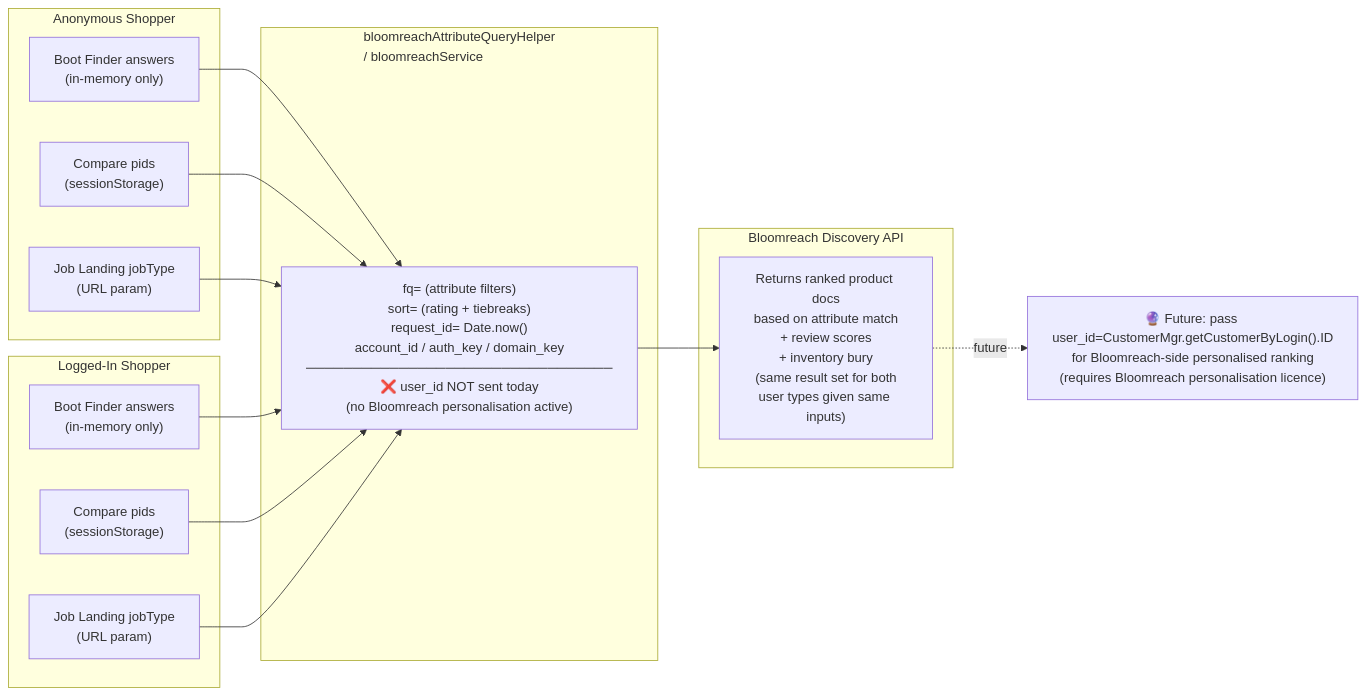
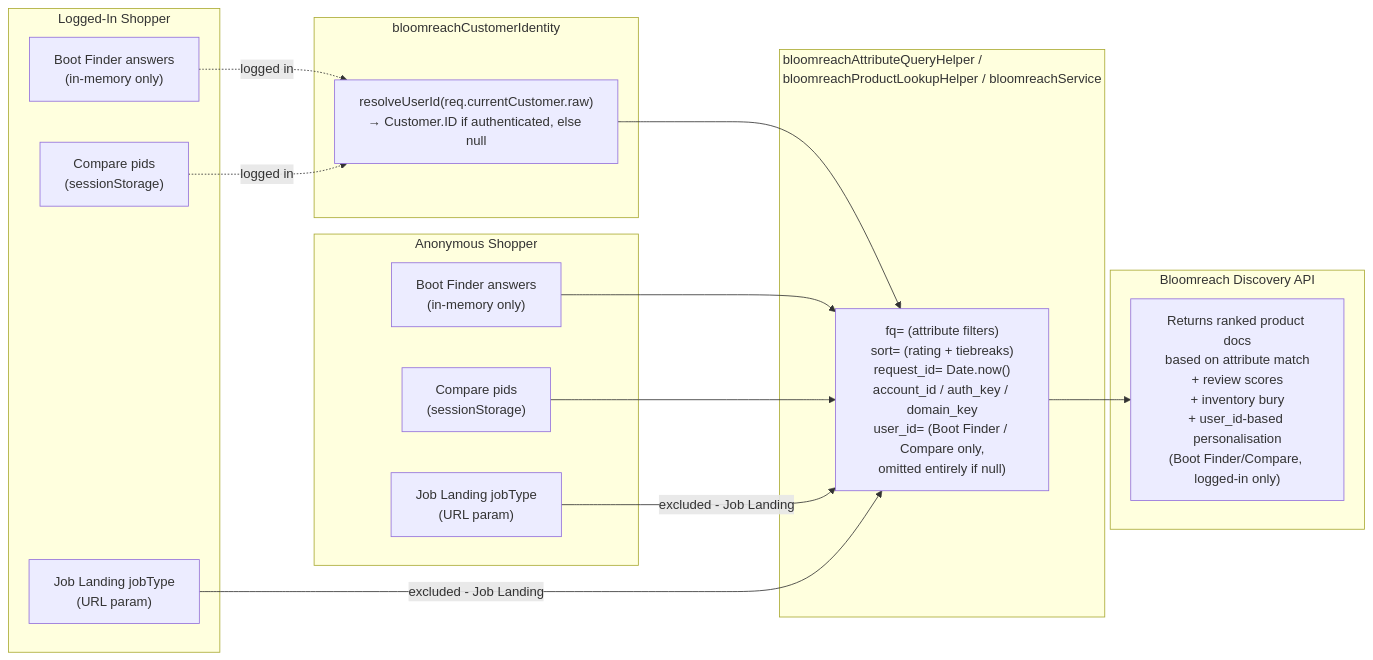
Before and after one commit to Pushparajan/bloomreach-sfra: diagram 17 of 17 in docs/sequence-diagrams.md, drawn with Mermaid. The commit also changed other lines of this file and 9 other files, not shown here.

First line of the commit message:
Send the logged-in shopper id to Bloomreach for Boot Finder and Compare only

````diff
--- a/docs/sequence-diagrams.md
+++ b/docs/sequence-diagrams.md
@@ -912,29 +920,33 @@
 ```mermaid
 flowchart LR
     subgraph ANON["Anonymous Shopper"]
         A1["Boot Finder answers\n(in-memory only)"]
         A2["Compare pids\n(sessionStorage)"]
         A3["Job Landing jobType\n(URL param)"]
     end
 
     subgraph LI["Logged-In Shopper"]
         L1["Boot Finder answers\n(in-memory only)"]
         L2["Compare pids\n(sessionStorage)"]
         L3["Job Landing jobType\n(URL param)"]
     end
 
-    subgraph QUERY["bloomreachAttributeQueryHelper\n/ bloomreachService"]
-        Q1["fq= (attribute filters)\nsort= (rating + tiebreaks)\nrequest_id= Date.now()\naccount_id / auth_key / domain_key\n─────────────────────────────────\n❌ user_id NOT sent today\n(no Bloomreach personalisation active)"]
+    subgraph IDENTITY["bloomreachCustomerIdentity"]
+        ID1["resolveUserId(req.currentCustomer.raw)\n→ Customer.ID if authenticated, else null"]
+    end
+
+    subgraph QUERY["bloomreachAttributeQueryHelper /\nbloomreachProductLookupHelper / bloomreachService"]
+        Q1["fq= (attribute filters)\nsort= (rating + tiebreaks)\nrequest_id= Date.now()\naccount_id / auth_key / domain_key\nuser_id= (Boot Finder / Compare only,\nomitted entirely if null)"]
     end
 
     subgraph BR["Bloomreach Discovery API"]
-        B1["Returns ranked product docs\nbased on attribute match\n+ review scores\n+ inventory bury\n(same result set for both\nuser types given same inputs)"]
+        B1["Returns ranked product docs\nbased on attribute match\n+ review scores\n+ inventory bury\n+ user_id-based personalisation\n(Boot Finder/Compare, logged-in only)"]
     end
 
-    A1 & A2 & A3 --> Q1
-    L1 & L2 & L3 --> Q1
+    L1 & L2 -.->|"logged in"| ID1
+    ID1 --> Q1
+    A1 & A2 --> Q1
+    A3 & L3 -->|"excluded - Job Landing"| Q1
+
     Q1 --> B1
-
-    Note1["🔮 Future: pass user_id=CustomerMgr.getCustomerByLogin().ID\nfor Bloomreach-side personalised ranking\n(requires Bloomreach personalisation licence)"]
-    B1 -.->|"future"| Note1
 ```
````
